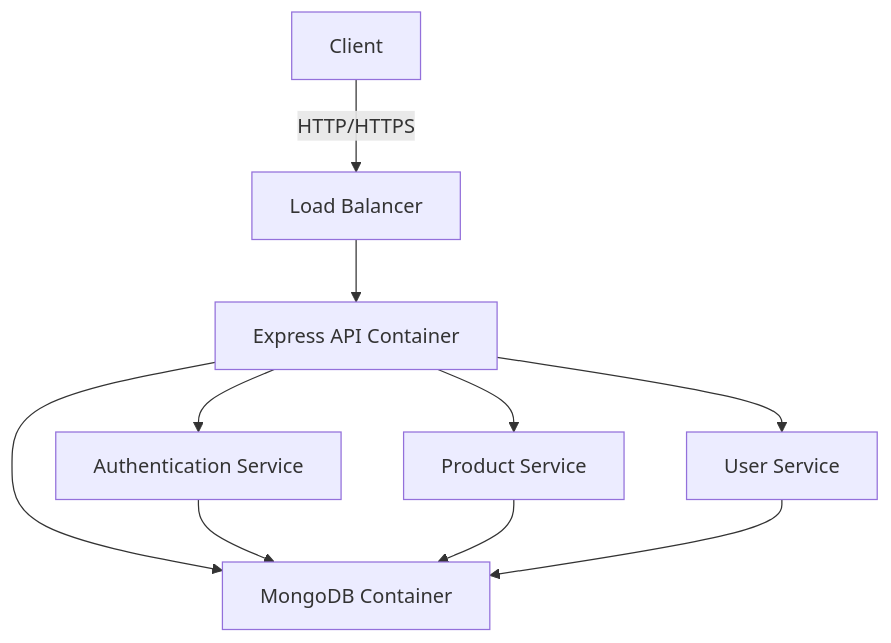
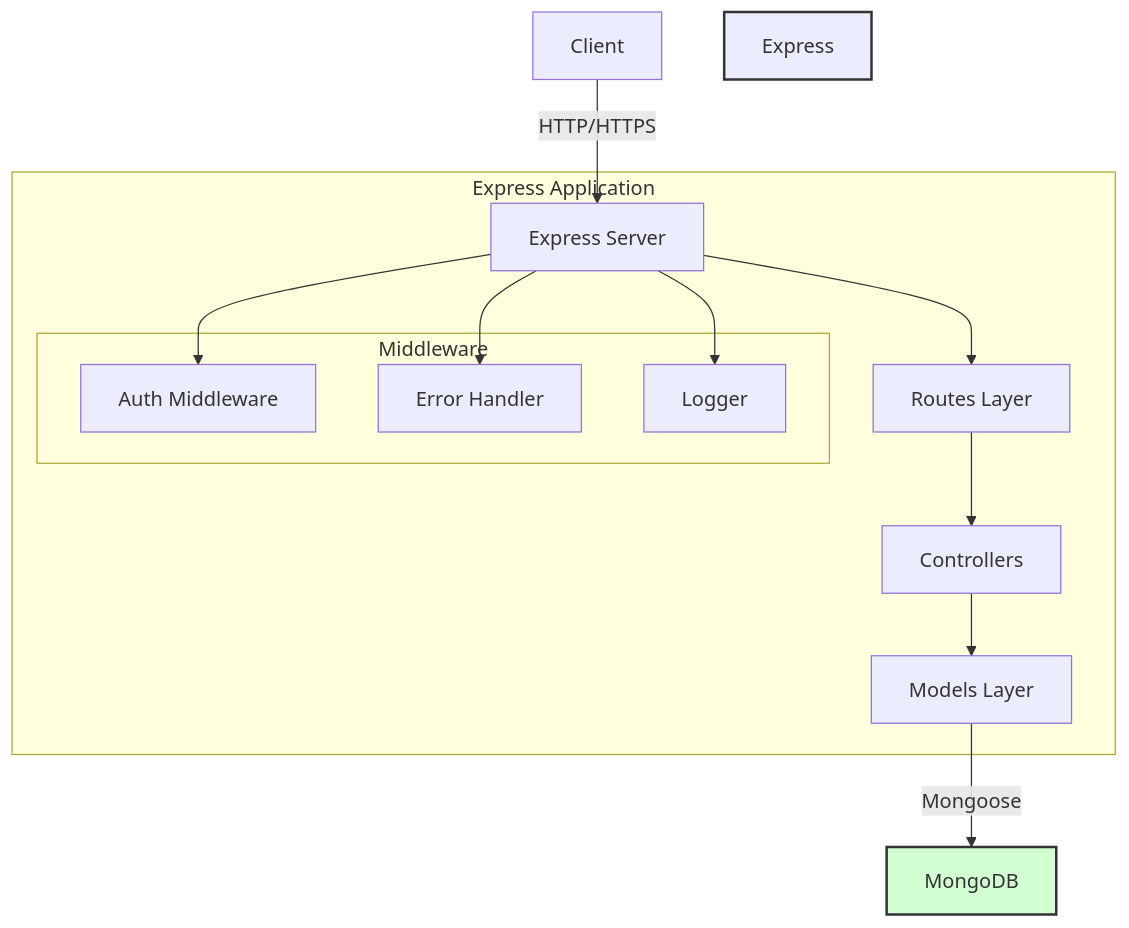
One commit to Khaled12208/ExpressJsProject changed the first of 3 diagrams in README.md. Above: the diagram before and after it, drawn with Mermaid. The commit also changed other lines of this file, not shown here.

Commit message:
docs: update C4 diagram to reflect actual implementation and add architectural notes

````diff
--- a/README.md
+++ b/README.md
@@ -51,12 +51,26 @@
 ```mermaid
 graph TD
-    A[Client] -->|HTTP/HTTPS| B[Load Balancer]
-    B --> C[Express API Container]
-    C --> D[MongoDB Container]
-    C --> E[Authentication Service]
-    C --> F[Product Service]
-    C --> G[User Service]
-    E --> D
-    F --> D
-    G --> D
+    A[Client] -->|HTTP/HTTPS| B[Express Server]
+
+    subgraph Express Application
+        B --> C[Routes Layer]
+        C --> D[Controllers]
+        D --> E[Models Layer]
+
+        subgraph Middleware
+            F[Auth Middleware]
+            G[Error Handler]
+            H[Logger]
+        end
+
+        B --> F
+        B --> G
+        B --> H
+    end
+
+    E -->|Mongoose| I[MongoDB]
+
+    %% Current Implementation Notes
+    style Express Application fill:#d1f2ff,stroke:#333,stroke-width:2px
+    style I fill:#d1ffd1,stroke:#333,stroke-width:2px
 ```
````
